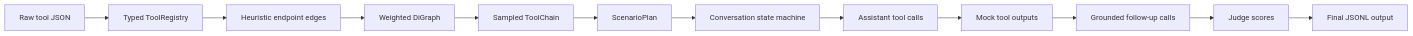
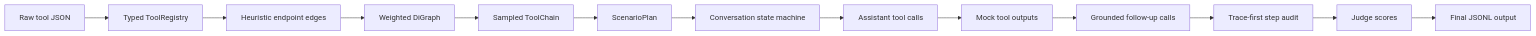
One commit to manastokale/sap_multiagent_tool changed the third of 14 diagrams in DESIGN.md. Above: the diagram before and after it, drawn with Mermaid. The commit also changed other lines of this file and 20 other files, not shown here.

````diff
--- a/DESIGN.md
+++ b/DESIGN.md
@@ -113,14 +113,15 @@
 ```mermaid
 flowchart LR
     Raw["Raw tool JSON"] --> Clean["Typed ToolRegistry"]
     Clean --> Edges["Heuristic endpoint edges"]
     Edges --> Graph["Weighted DiGraph"]
     Graph --> Chain["Sampled ToolChain"]
     Chain --> Plan["ScenarioPlan"]
     Plan --> Chat["Conversation state machine"]
     Chat --> Calls["Assistant tool calls"]
     Calls --> Mock["Mock tool outputs"]
     Mock --> Grounding["Grounded follow-up calls"]
-    Grounding --> Scores["Judge scores"]
+    Grounding --> StepTrace["Trace-first step audit"]
+    StepTrace --> Scores["Judge scores"]
     Scores --> Final["Final JSONL output"]
 ```
````
